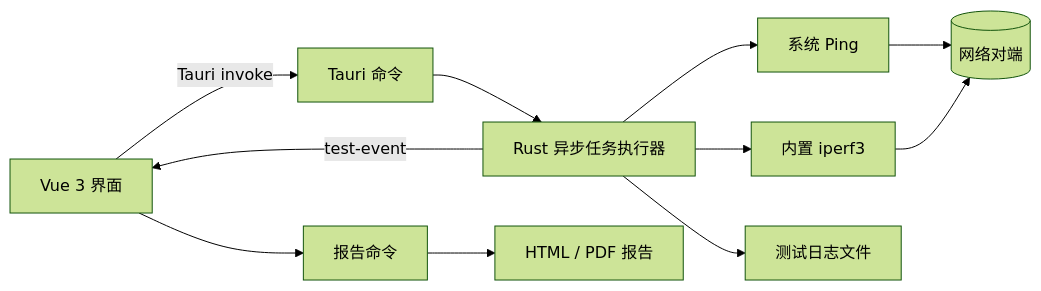
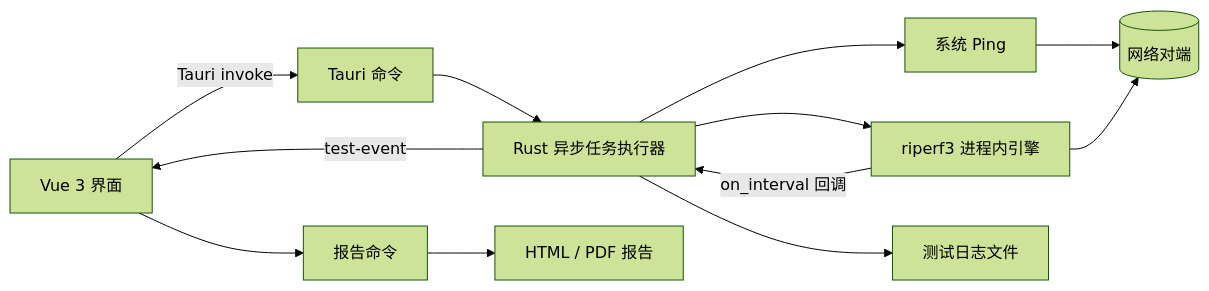
The diagram in README.zh-CN.md (KISSMonX/LinkGauge), drawn with Mermaid (forest theme) before and after one commit. The commit also changed other lines of this file and 9 other files, not shown here.

````diff
--- a/README.zh-CN.md
+++ b/README.zh-CN.md
@@ -34,13 +34,14 @@
 ```mermaid
 flowchart LR
     UI[Vue 3 界面] -->|Tauri invoke| API[Tauri 命令]
     API --> RUNNER[Rust 异步任务执行器]
     RUNNER --> PING[系统 Ping]
-    RUNNER --> IPERF[内置 iperf3]
+    RUNNER --> ENGINE[riperf3 进程内引擎]
     PING --> NETWORK[(网络对端)]
-    IPERF --> NETWORK
+    ENGINE --> NETWORK
+    ENGINE -->|on_interval 回调| RUNNER
     RUNNER -->|test-event| UI
     RUNNER --> LOGS[测试日志文件]
     UI --> REPORT[报告命令]
     REPORT --> OUTPUT[HTML / PDF 报告]
 ```
````
